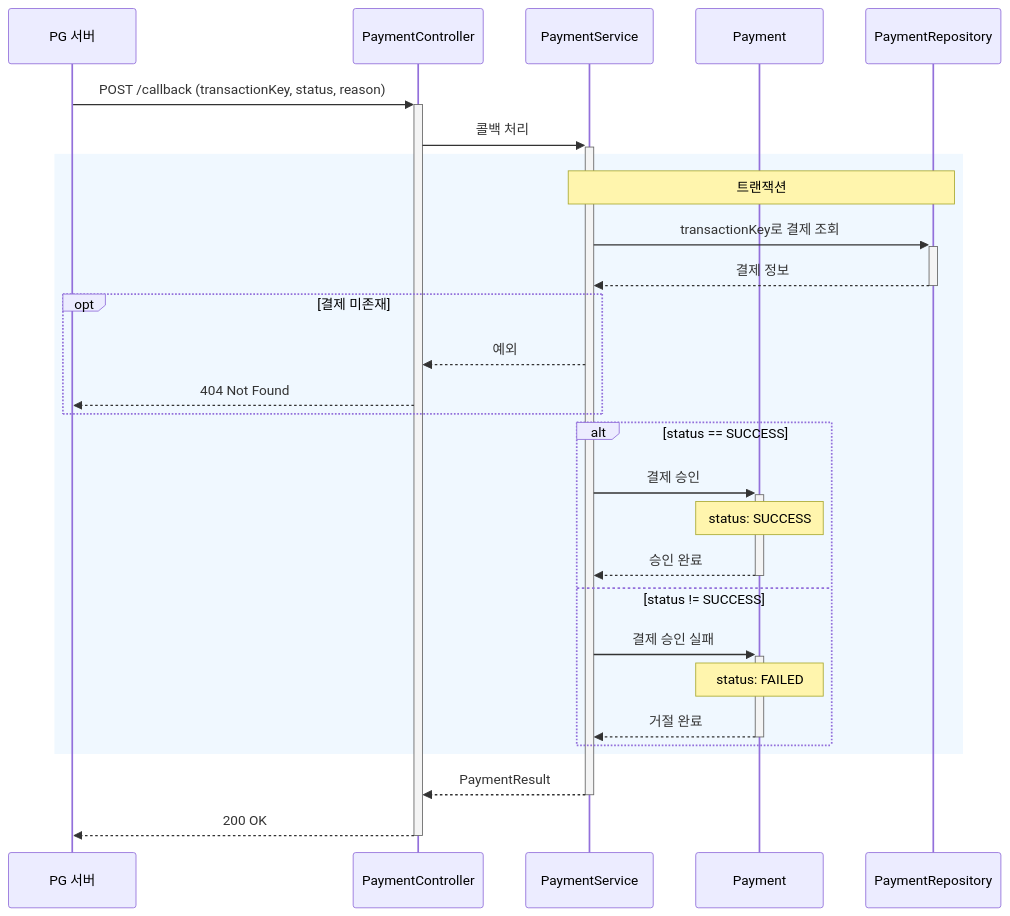
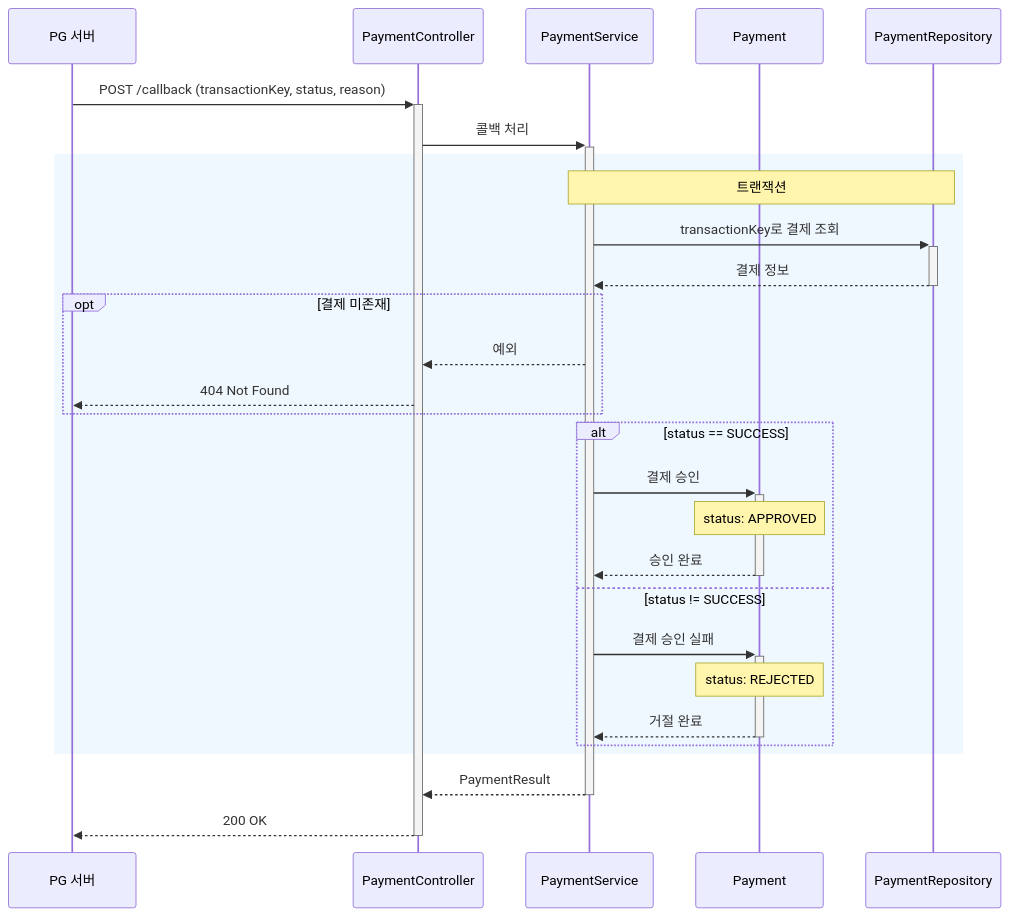
One commit to kimjunyoung90/loop-pack-be-l2-vol3-java changed diagram 34 of 34 in docs/design/02-sequence-diagrams.md. Above: the diagram before and after it, drawn with Mermaid. The commit also changed other lines of this file and 6 other files, not shown here.

First line of the commit message:
refactor: 결제 상태를 도메인 용어로 변경 (SUCCESS/FAILED → APPROVED/REJECTED)

````diff
--- a/docs/design/02-sequence-diagrams.md
+++ b/docs/design/02-sequence-diagrams.md
@@ -1368,35 +1368,35 @@
 ```mermaid
 sequenceDiagram
     participant PG as PG 서버
     participant PC as PaymentController
     participant PS as PaymentService
     participant P as Payment
     participant PR as PaymentRepository
 
     PG->>+PC: POST /callback (transactionKey, status, reason)
     PC->>+PS: 콜백 처리
 
     rect rgb(240, 248, 255)
         Note over PS, PR: 트랜잭션
         PS->>+PR: transactionKey로 결제 조회
         PR-->>-PS: 결제 정보
 
         opt 결제 미존재
             PS-->>PC: 예외
             PC-->>PG: 404 Not Found
         end
 
         alt status == SUCCESS
             PS->>+P: 결제 승인
-            Note over P: status: SUCCESS
+            Note over P: status: APPROVED
             P-->>-PS: 승인 완료
         else status != SUCCESS
             PS->>+P: 결제 승인 실패
-            Note over P: status: FAILED
+            Note over P: status: REJECTED
             P-->>-PS: 거절 완료
         end
     end
 
     PS-->>-PC: PaymentResult
     PC-->>-PG: 200 OK
 ```
````
